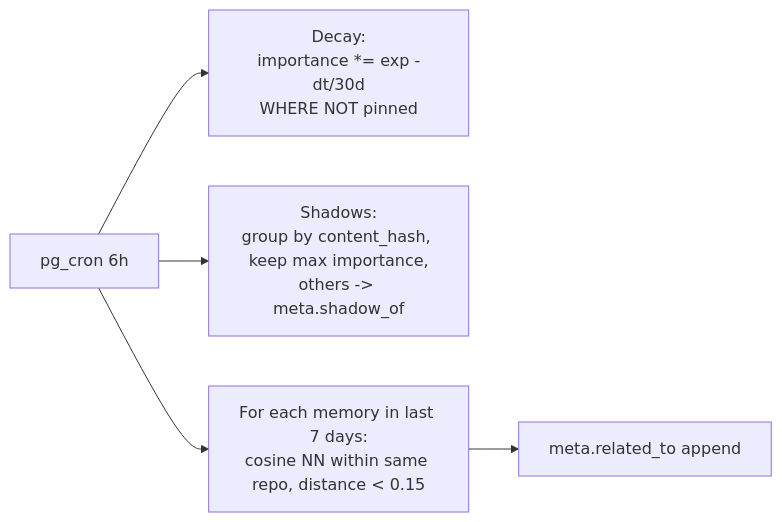
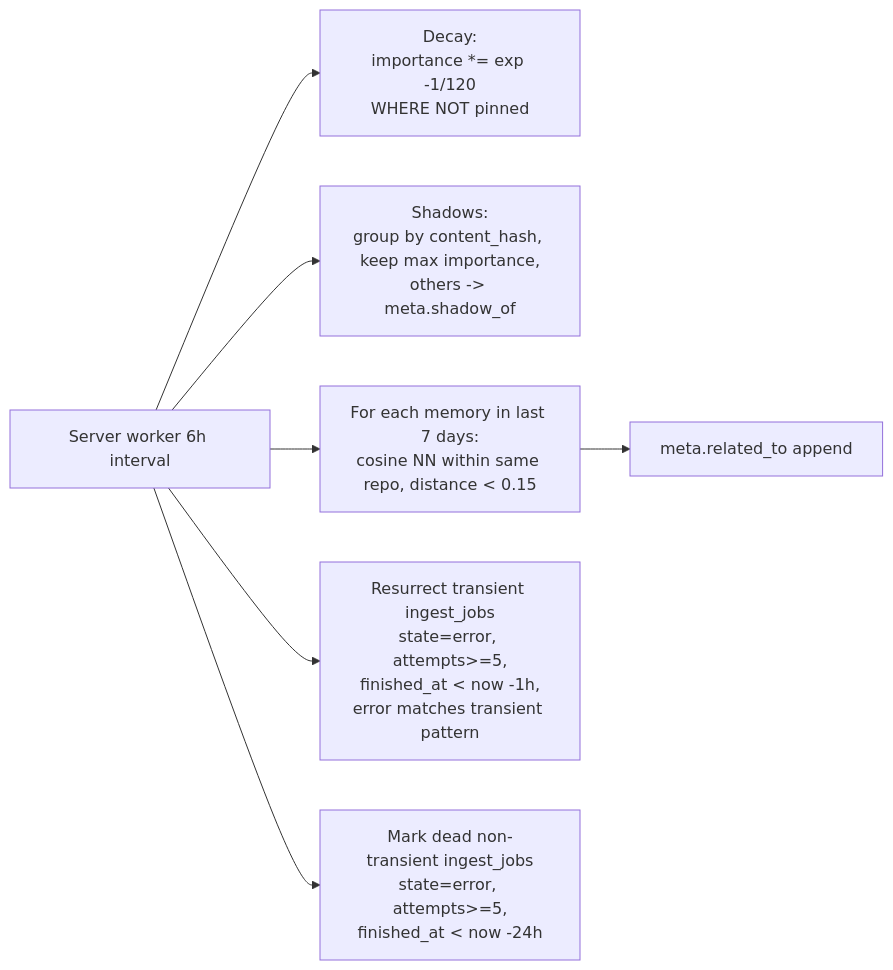
Before and after one commit to j10ra/mneme: the fifth of 8 diagrams in ARCHITECTURE.md, drawn with Mermaid. The commit also changed other lines of this file and 2 other files, not shown here.

First line of the commit message:
(feat): nap worker — decay, shadows, transient retry, retire dead

````diff
--- a/ARCHITECTURE.md
+++ b/ARCHITECTURE.md
@@ -412,7 +413,9 @@
 ```mermaid
 flowchart LR
-    A[pg_cron 6h] --> B[Decay:<br/>importance *= exp -dt/30d<br/>WHERE NOT pinned]
+    A[Server worker 6h interval] --> B[Decay:<br/>importance *= exp -1/120<br/>WHERE NOT pinned]
     A --> C[Shadows:<br/>group by content_hash, keep max importance,<br/>others -> meta.shadow_of]
     A --> D[For each memory in last 7 days:<br/>cosine NN within same repo, distance < 0.15]
     D --> E[meta.related_to append]
+    A --> F[Resurrect transient ingest_jobs<br/>state=error, attempts>=5,<br/>finished_at < now -1h,<br/>error matches transient pattern]
+    A --> G[Mark dead non-transient ingest_jobs<br/>state=error, attempts>=5,<br/>finished_at < now -24h]
 ```
````
